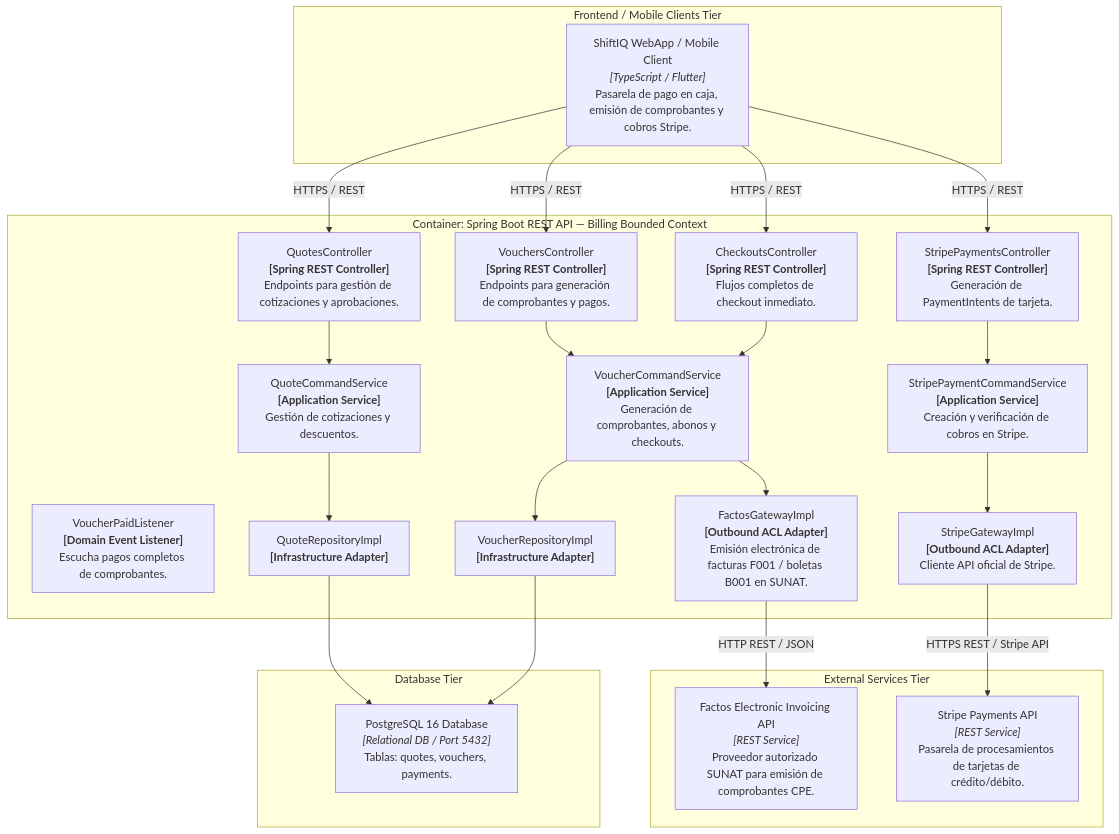
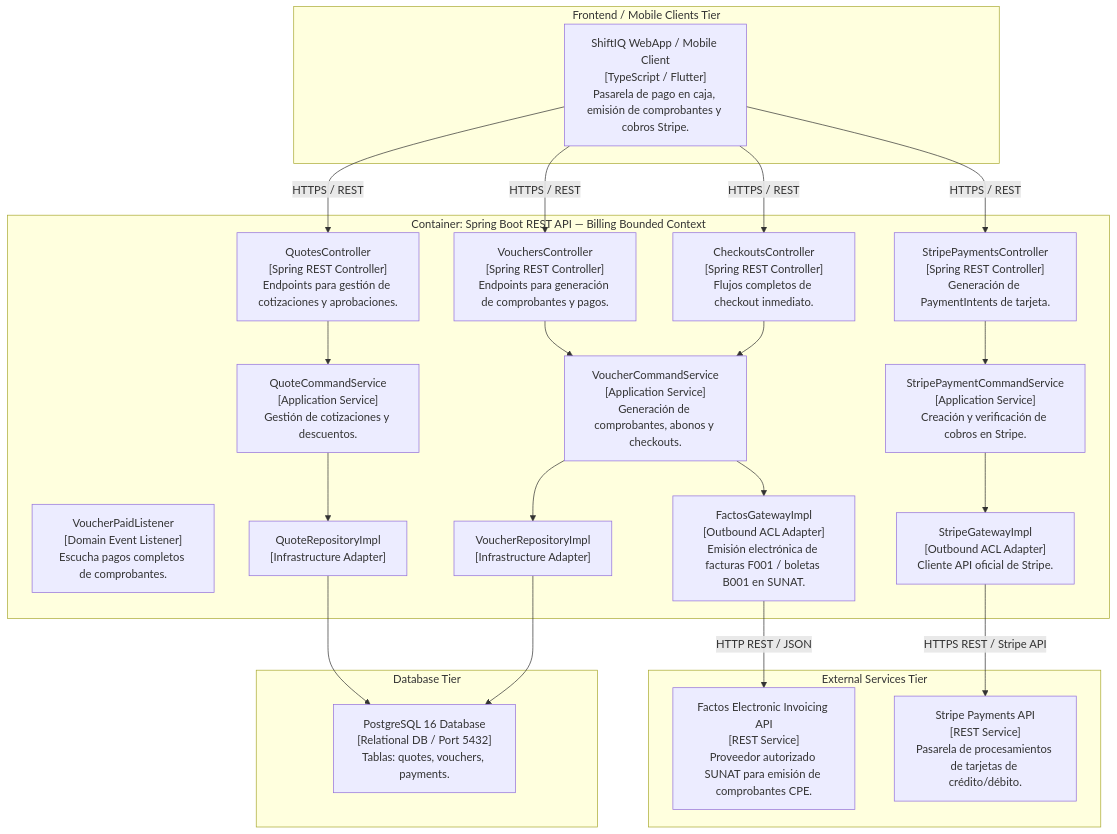
Before and after one commit to tux-logic/upc-pre-202620-1acc0238-13981-TuxLogic-report: the fifth of 7 diagrams in docs/billing-bounded-context-dictionary.md, drawn with Mermaid. The commit also changed 57 other files, not shown here.

Commit message:
fix(diagrams): fix HTML labels, format bold C4 titles and add gitignore.

````diff
--- a/docs/billing-bounded-context-dictionary.md
+++ b/docs/billing-bounded-context-dictionary.md
@@ -459,56 +459,56 @@
 ```mermaid
 graph TB
     subgraph Client_Tier ["Frontend / Mobile Clients Tier"]
-        ClientApp["ShiftIQ WebApp / Mobile Client<br><i>[TypeScript / Flutter]</i><br>Pasarela de pago en caja, emisión de comprobantes y cobros Stripe."]
+        ClientApp["ShiftIQ WebApp / Mobile Client<br>[TypeScript / Flutter]<br>Pasarela de pago en caja, emisión de comprobantes y cobros Stripe."]
     end
 
     subgraph External_Services ["External Services Tier"]
-        FactosAPI["Factos Electronic Invoicing API<br><i>[REST Service]</i><br>Proveedor autorizado SUNAT para emisión de comprobantes CPE."]
-        StripeAPI["Stripe Payments API<br><i>[REST Service]</i><br>Pasarela de procesamientos de tarjetas de crédito/débito."]
+        FactosAPI["Factos Electronic Invoicing API<br>[REST Service]<br>Proveedor autorizado SUNAT para emisión de comprobantes CPE."]
+        StripeAPI["Stripe Payments API<br>[REST Service]<br>Pasarela de procesamientos de tarjetas de crédito/débito."]
     end
 
     subgraph External_DB ["Database Tier"]
-        PostgreSql["PostgreSQL 16 Database<br><i>[Relational DB / Port 5432]</i><br>Tablas: quotes, vouchers, payments."]
+        PostgreSql["PostgreSQL 16 Database<br>[Relational DB / Port 5432]<br>Tablas: quotes, vouchers, payments."]
     end
 
     subgraph Billing_Container ["Container: Spring Boot REST API — Billing Bounded Context"]
-        QuotesCtrl["QuotesController<br><b>[Spring REST Controller]</b><br>Endpoints para gestión de cotizaciones y aprobaciones."]
-        VouchersCtrl["VouchersController<br><b>[Spring REST Controller]</b><br>Endpoints para generación de comprobantes y pagos."]
-        CheckoutsCtrl["CheckoutsController<br><b>[Spring REST Controller]</b><br>Flujos completos de checkout inmediato."]
-        StripePaymentsCtrl["StripePaymentsController<br><b>[Spring REST Controller]</b><br>Generación de PaymentIntents de tarjeta."]
+        QuotesCtrl["QuotesController<br>[Spring REST Controller]<br>Endpoints para gestión de cotizaciones y aprobaciones."]
+        VouchersCtrl["VouchersController<br>[Spring REST Controller]<br>Endpoints para generación de comprobantes y pagos."]
+        CheckoutsCtrl["CheckoutsController<br>[Spring REST Controller]<br>Flujos completos de checkout inmediato."]
+        StripePaymentsCtrl["StripePaymentsController<br>[Spring REST Controller]<br>Generación de PaymentIntents de tarjeta."]
 
-        VoucherListener["VoucherPaidListener<br><b>[Domain Event Listener]</b><br>Escucha pagos completos de comprobantes."]
+        VoucherListener["VoucherPaidListener<br>[Domain Event Listener]<br>Escucha pagos completos de comprobantes."]
 
-        QuoteCmdService["QuoteCommandService<br><b>[Application Service]</b><br>Gestión de cotizaciones y descuentos."]
-        VoucherCmdService["VoucherCommandService<br><b>[Application Service]</b><br>Generación de comprobantes, abonos y checkouts."]
-        StripePaymentCmdService["StripePaymentCommandService<br><b>[Application Service]</b><br>Creación y verificación de cobros en Stripe."]
+        QuoteCmdService["QuoteCommandService<br>[Application Service]<br>Gestión de cotizaciones y descuentos."]
+        VoucherCmdService["VoucherCommandService<br>[Application Service]<br>Generación de comprobantes, abonos y checkouts."]
+        StripePaymentCmdService["StripePaymentCommandService<br>[Application Service]<br>Creación y verificación de cobros en Stripe."]
 
-        FactosClient["FactosGatewayImpl<br><b>[Outbound ACL Adapter]</b><br>Emisión electrónica de facturas F001 / boletas B001 en SUNAT."]
-        StripeClient["StripeGatewayImpl<br><b>[Outbound ACL Adapter]</b><br>Cliente API oficial de Stripe."]
+        FactosClient["FactosGatewayImpl<br>[Outbound ACL Adapter]<br>Emisión electrónica de facturas F001 / boletas B001 en SUNAT."]
+        StripeClient["StripeGatewayImpl<br>[Outbound ACL Adapter]<br>Cliente API oficial de Stripe."]
 
-        QuoteRepoAdapter["QuoteRepositoryImpl<br><b>[Infrastructure Adapter]</b>"]
-        VoucherRepoAdapter["VoucherRepositoryImpl<br><b>[Infrastructure Adapter]</b>"]
+        QuoteRepoAdapter["QuoteRepositoryImpl<br>[Infrastructure Adapter]"]
+        VoucherRepoAdapter["VoucherRepositoryImpl<br>[Infrastructure Adapter]"]
     end
 
     ClientApp -->|"HTTPS / REST"| QuotesCtrl
     ClientApp -->|"HTTPS / REST"| VouchersCtrl
     ClientApp -->|"HTTPS / REST"| CheckoutsCtrl
     ClientApp -->|"HTTPS / REST"| StripePaymentsCtrl
 
     QuotesCtrl --> QuoteCmdService
     VouchersCtrl --> VoucherCmdService
     CheckoutsCtrl --> VoucherCmdService
     StripePaymentsCtrl --> StripePaymentCmdService
 
     VoucherCmdService --> FactosClient
     StripePaymentCmdService --> StripeClient
 
     FactosClient -->|"HTTP REST / JSON"| FactosAPI
     StripeClient -->|"HTTPS REST / Stripe API"| StripeAPI
 
     QuoteCmdService --> QuoteRepoAdapter
     VoucherCmdService --> VoucherRepoAdapter
 
     QuoteRepoAdapter --> PostgreSql
     VoucherRepoAdapter --> PostgreSql
 ```
````
